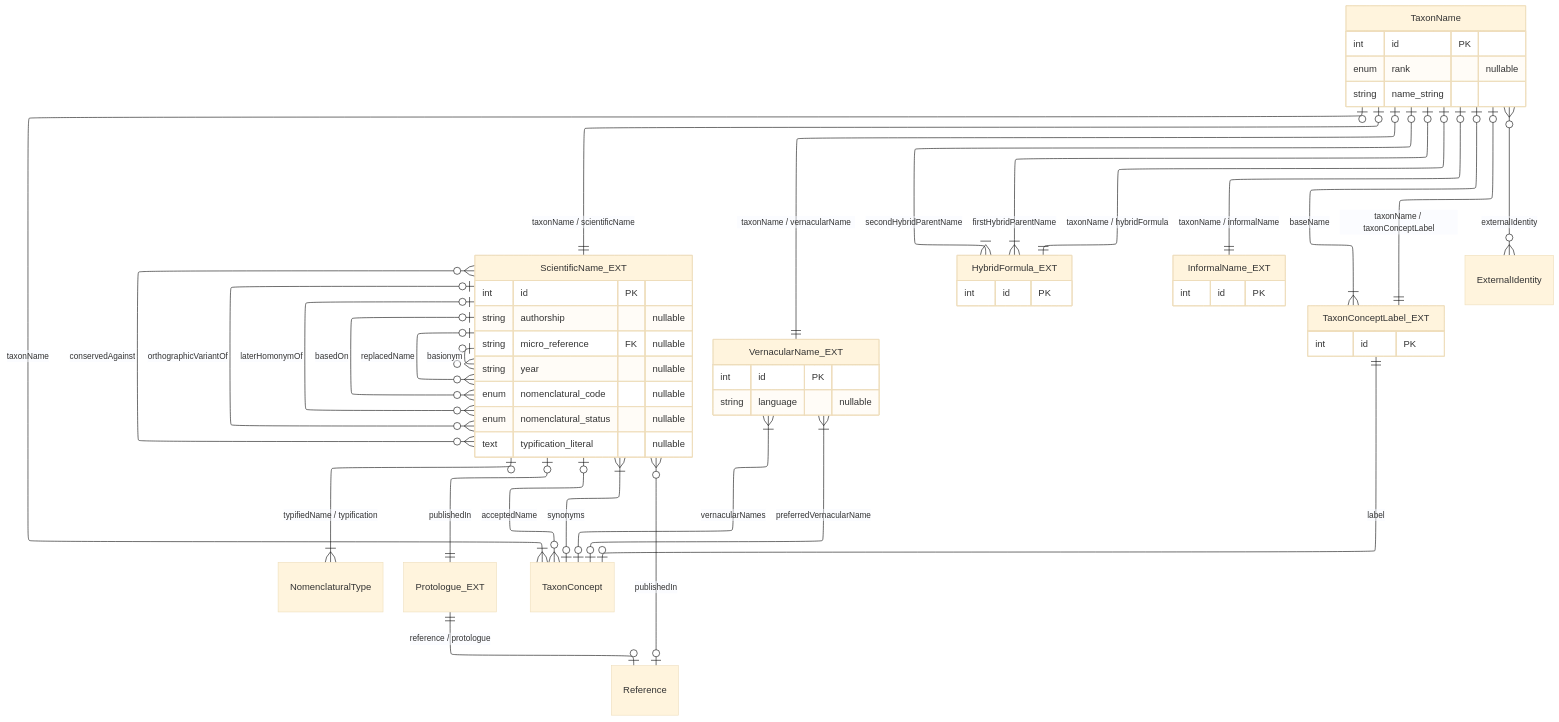
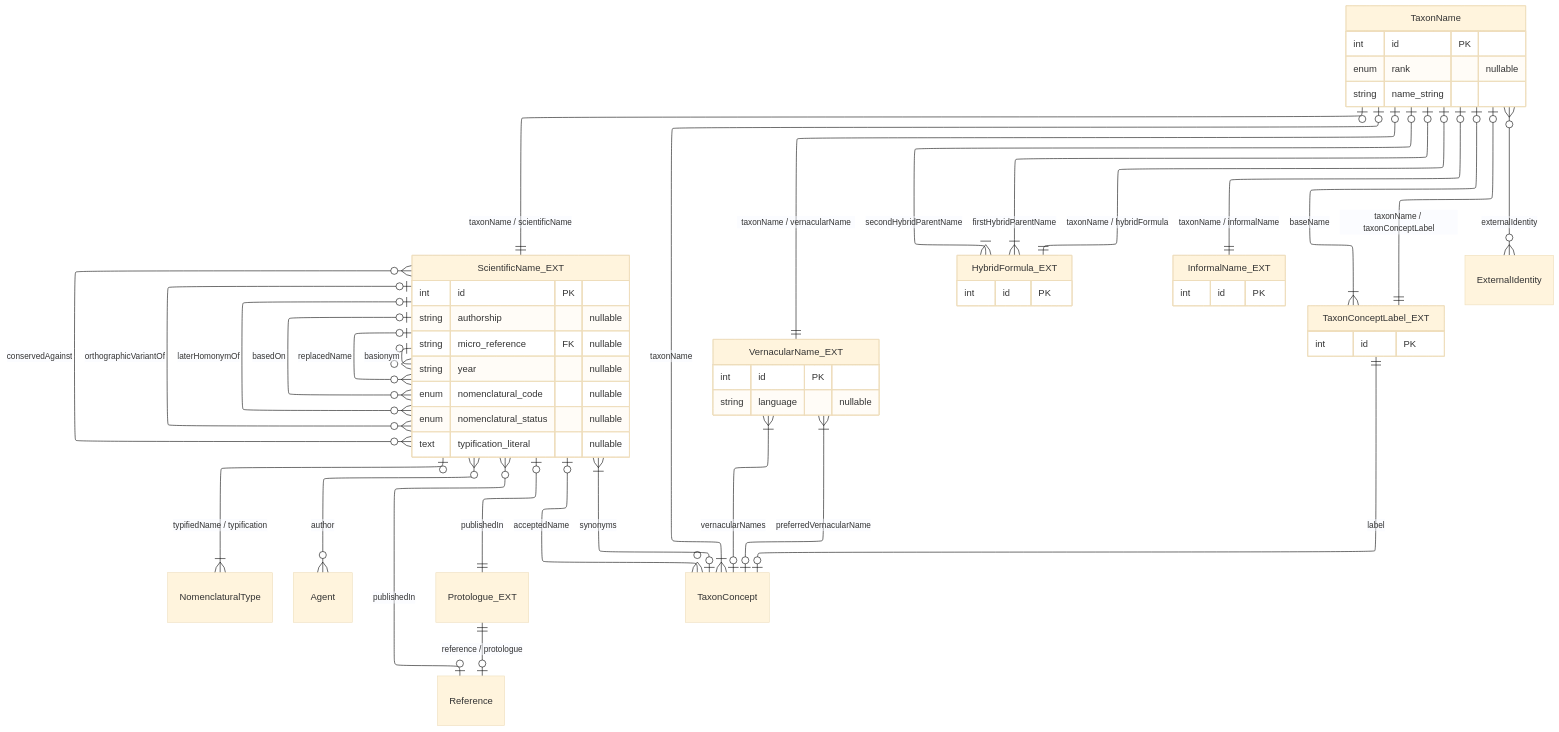
The diagram in source/_mermaid/layer-2a-core-nomenclature.mmd (vicflora/vicflora-docs), drawn with Mermaid (base theme) before and after one commit. The commit also changed 55 other files, not shown here.

```diff
--- a/source/_mermaid/layer-2a-core-nomenclature.mmd
+++ b/source/_mermaid/layer-2a-core-nomenclature.mmd
@@ -1,112 +1,92 @@
 ---
 config:
   layout: elk
 ---
 erDiagram
   %% Sidecars
   TaxonName |o--|| ScientificName_EXT : "taxonName / scientificName"
 
   %% Typification
   ScientificName_EXT |o--|{ NomenclaturalType : "typifiedName / typification"
 
-  %% Scientific Name authorship
-  %% ScientificName_EXT |o--|{ ScientificName_Author_MAP : scientificName
-  %% ScientificName_Author_MAP }|--o{ Agent : agent
+  ScientificName_EXT }o--o{ Agent : author
   ScientificName_EXT |o--|| Protologue_EXT : "publishedIn"
   Protologue_EXT ||--o| Reference : "reference / protologue"
   ScientificName_EXT }o--o| Reference : "publishedIn"
 
   TaxonName |o--|| VernacularName_EXT : "taxonName / vernacularName"
 
   %% The Syntactic Relationships
-  %% ScientificName_EXT |o..|{ NameRelation_MAP : "fromName"
-  %% ScientificName_EXT |o..|{ NameRelation_MAP : "toName"
   ScientificName_EXT |o--o{ ScientificName_EXT : "basionym"
   ScientificName_EXT |o--o{ ScientificName_EXT : "replacedName"
   ScientificName_EXT |o--o{ ScientificName_EXT : "basedOn"
   ScientificName_EXT |o--o{ ScientificName_EXT : "laterHomonymOf"
   ScientificName_EXT |o--o{ ScientificName_EXT : "orthographicVariantOf"
   ScientificName_EXT }o--o{ ScientificName_EXT : "conservedAgainst"
 
   %% Taxon Name <--> Taxon Concept relationships
   TaxonName |o--|{ TaxonConcept : "taxonName"
   ScientificName_EXT |o--o{ TaxonConcept : "acceptedName"
   ScientificName_EXT }|--o| TaxonConcept : "synonyms"
   %% ScientificName_EXT |o..|{ ScientificNameUsage_MAP : "scientificName"
   %% ScientificNameUsage_MAP }|..o{ TaxonConcept : "taxonConcept"
   VernacularName_EXT }|--o| TaxonConcept : "vernacularNames"
   VernacularName_EXT }|--o| TaxonConcept : "preferredVernacularName"
   %% VernacularName_EXT |o..|{ VernacularNameUsage_MAP : "vernacularName"
   %% VernacularNameUsage_MAP }|..o| TaxonConcept : "taxonConcept"
 
   TaxonName |o--|| HybridFormula_EXT : "taxonName / hybridFormula"
   TaxonName |o--|{  HybridFormula_EXT : "firstHybridParentName"
   TaxonName |o--|{ HybridFormula_EXT : "secondHybridParentName"
 
   TaxonName |o--|| InformalName_EXT : "taxonName / informalName"
 
   TaxonName |o--|| TaxonConceptLabel_EXT : "taxonName / taxonConceptLabel"
 
   %% Taxon Concept Label
   TaxonConceptLabel_EXT ||--o| TaxonConcept : "label"
   TaxonName |o--|{ TaxonConceptLabel_EXT : baseName
 
   %% External identifiers
   %% TaxonName |o--|{ Entity_Identity_MAP : "morphs as 'linkable'"
   %% Entity_Identity_MAP }|--o| ExternalIdentity : "externalIdentity"
   TaxonName }o--o{ ExternalIdentity : "externalIdentity"
 
   TaxonName {
     int id PK
     enum rank "nullable"
     string name_string
   }
 
   ScientificName_EXT {
     int id PK
     string authorship "nullable"
     %% int name_published_in_id FK "nullable"
     %% string name_published_in FK "nullable"
     string micro_reference FK "nullable"
     string year "nullable"
     enum nomenclatural_code "nullable"
     enum nomenclatural_status "nullable"
     text typification_literal "nullable"
   }
 
   VernacularName_EXT {
     int id PK
     string language "nullable"
   }
 
   TaxonConceptLabel_EXT {
     int id PK
     %% int taxon_concept_id FK
     %% int base_name_id FK
   }
 
   HybridFormula_EXT {
     int id PK
     %% int first_hybrid_parent_name_id FK
     %% int second_hybrid_parent_name_id FK
   }
 
   InformalName_EXT {
     int id PK
   }
-
-  %% NameRelation_MAP {
-  %%   int id PK
-  %%   int from_taxon_name_id FK
-  %%   int to_taxon_name_id FK
-  %%   enum name_relation_type
-  %%   string remarks "nullable"
-  %% }
-
-  %% ScientificName_Author_MAP {
-  %%   int id PK
-  %%   int scientific_name_id FK
-  %%   int agent_id FK
-  %%   enum author_role
-  %%   int sequence
-  %% }
```
